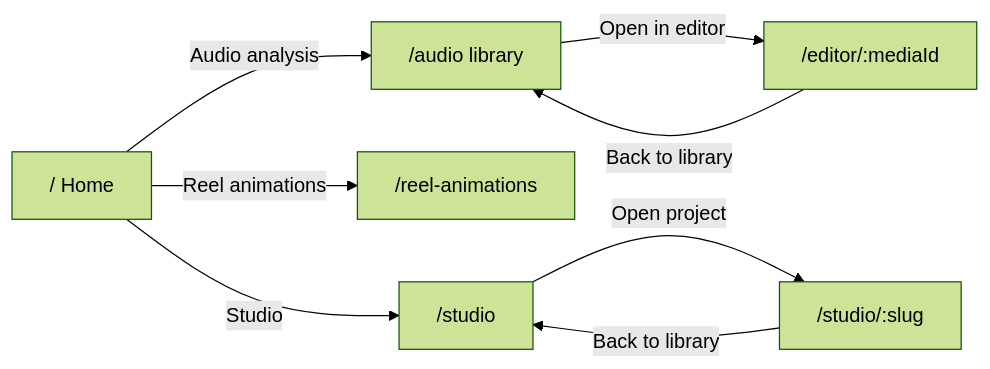
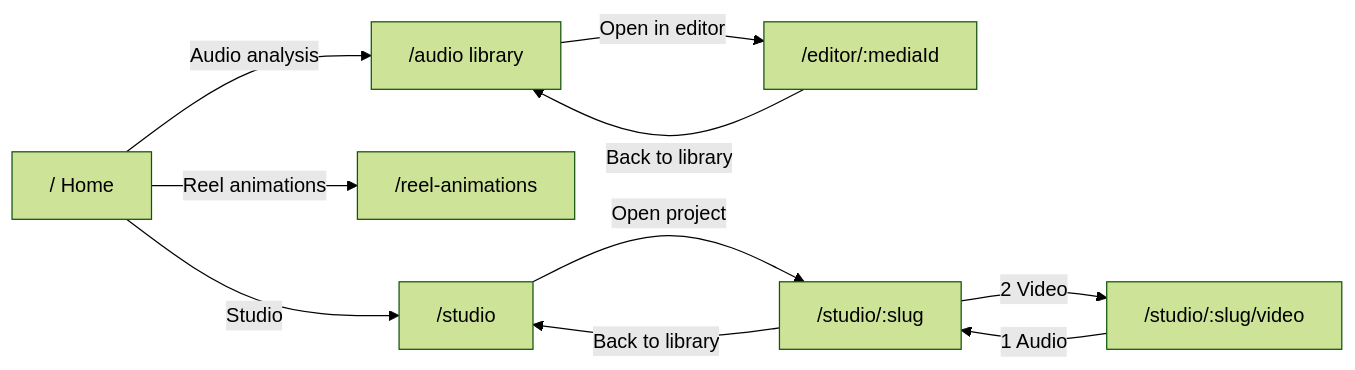
One commit to rushikc/krayon.ai changed the diagram in docs/ui-design.md. Above: the diagram before and after it, drawn with Mermaid (forest theme). The commit also changed other lines of this file and 63 other files, not shown here.

First line of the commit message:
feat: enhance diagram pipeline, and improve studio visuals

````diff
--- a/docs/ui-design.md
+++ b/docs/ui-design.md
@@ -16,10 +17,12 @@
 ```mermaid
 flowchart LR
   Home["/ Home"] -->|"Audio analysis"| Audio["/audio library"]
   Home -->|"Reel animations"| Reels["/reel-animations"]
   Home -->|"Studio"| Studio["/studio"]
   Audio -->|"Open in editor"| Editor["/editor/:mediaId"]
   Editor -->|"Back to library"| Audio
   Studio -->|"Open project"| Workspace["/studio/:slug"]
+  Workspace -->|"2 Video"| Visuals["/studio/:slug/video"]
+  Visuals -->|"1 Audio"| Workspace
   Workspace -->|"Back to library"| Studio
 ```
````
